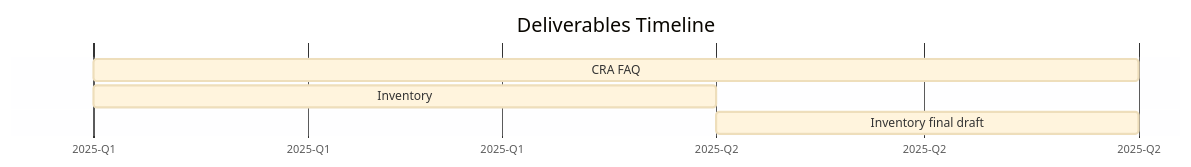
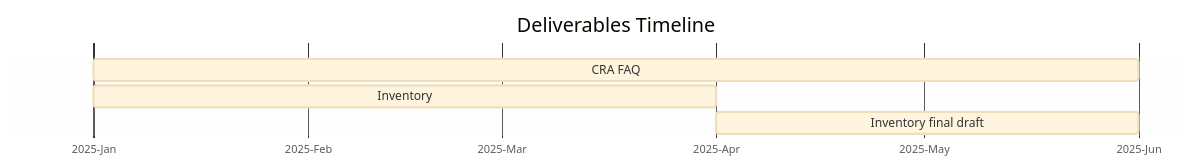
Before and after one commit to orcwg/orcwg: the second of 2 diagrams in cyber-resilience-sig/README.md, drawn with Mermaid.

Commit message:
Fix gantt chart

````diff
--- a/cyber-resilience-sig/README.md
+++ b/cyber-resilience-sig/README.md
@@ -56,11 +56,11 @@
 ```mermaid
 %%{init: {'theme':'base'}}%%
 gantt
     title Deliverables Timeline
     dateFormat  MMMM YYYY
-    axisFormat %Y-Q%q
+    axisFormat %Y-%b
     tickInterval 1month
     CRA FAQ: January 2025, June 2025
     Inventory: inventory, January 2025, April 2025
     Inventory final draft: after inventory, June 2025
 ```
````
